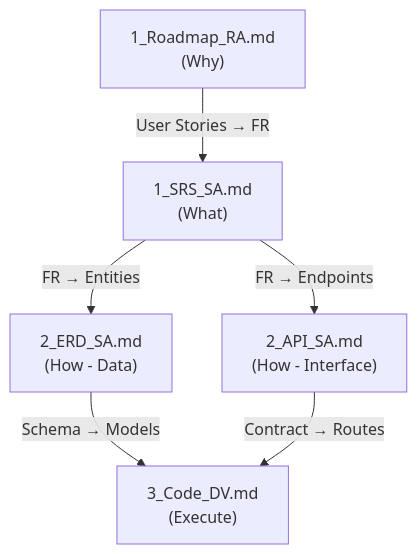
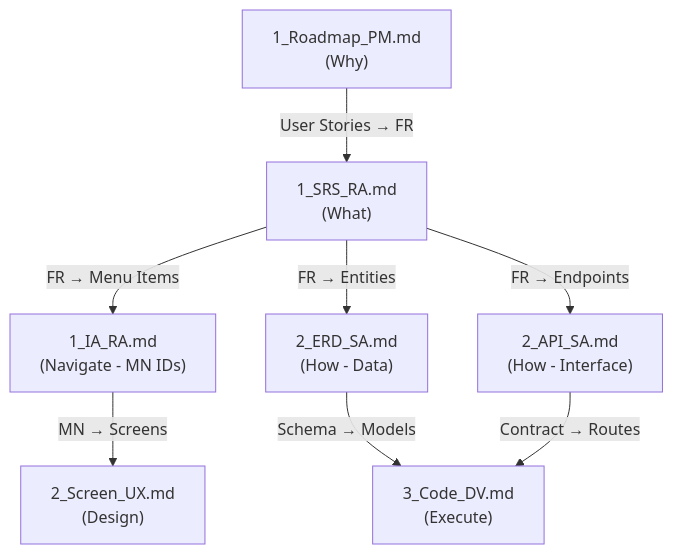
Before and after one commit to upleat-ax/u-maker-plugin: the first of 4 diagrams in references/traceability-matrix.md, drawn with Mermaid. The commit also changed other lines of this file and 5 other files, not shown here.

````diff
--- a/references/traceability-matrix.md
+++ b/references/traceability-matrix.md
@@ -22,14 +23,18 @@
 ```mermaid
 flowchart TD
-    ROADMAP["1_Roadmap_RA.md\n(Why)"]
-    SRS["1_SRS_SA.md\n(What)"]
+    ROADMAP["1_Roadmap_PM.md\n(Why)"]
+    SRS["1_SRS_RA.md\n(What)"]
+    IA["1_IA_RA.md\n(Navigate - MN IDs)"]
+    SCREEN["2_Screen_UX.md\n(Design)"]
     ERD["2_ERD_SA.md\n(How - Data)"]
     API["2_API_SA.md\n(How - Interface)"]
     CODE["3_Code_DV.md\n(Execute)"]
 
     ROADMAP -->|User Stories → FR| SRS
+    SRS -->|FR → Menu Items| IA
+    IA -->|MN → Screens| SCREEN
     SRS -->|FR → Entities| ERD
     SRS -->|FR → Endpoints| API
     ERD -->|Schema → Models| CODE
     API -->|Contract → Routes| CODE
 ```
````
